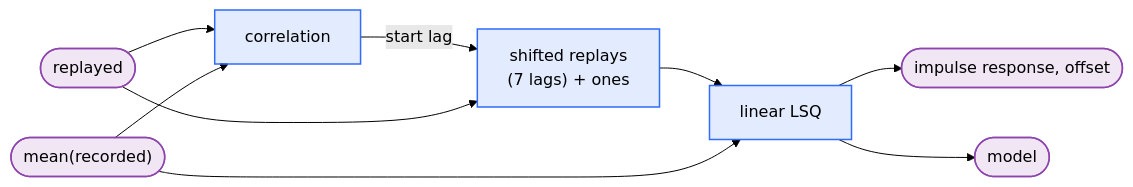
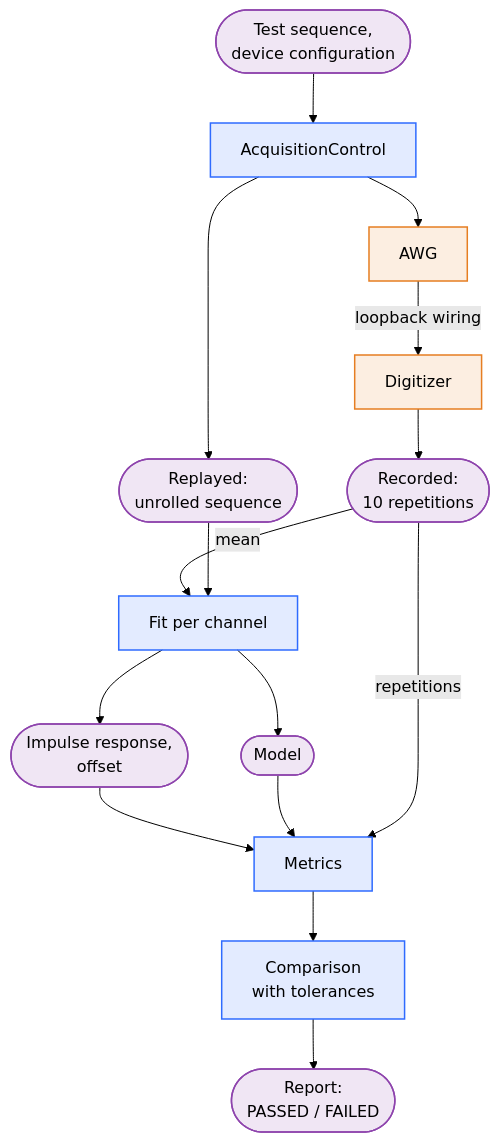
One commit to schote/nexus-console changed the diagram in docs/system/loopback-test.md. Above: the diagram before and after it, drawn with Mermaid (forest theme). The commit also changed other lines of this file, not shown here.

Commit message:
Added loopback test documentation

````diff
--- a/docs/system/loopback-test.md
+++ b/docs/system/loopback-test.md
@@ -278,17 +77,25 @@
 ```mermaid
 %%{init: {"fontFamily": "Inter, sans-serif"}}%%
-flowchart LR
-    R(["replayed"]) --> C["correlation"]
-    M(["mean(recorded)"]) --> C
-    C -->|"start lag"| S["shifted replays<br/>(7 lags) + ones"]
-    R --> S
-    S --> L["linear LSQ"]
-    M --> L
-    L --> T(["impulse response, offset"])
-    L --> F(["model"])
+flowchart TB
+    SEQ(["Test sequence,<br/>device configuration"]) --> AC["AcquisitionControl"]
+    AC --> AWG["AWG"]
+    AWG -->|"loopback wiring"| DIG["Digitizer"]
+    AC --> X(["Replayed:<br/>unrolled sequence"])
+    DIG --> Y(["Recorded:<br/>10 repetitions"])
+    Y -->|"mean"| FIT["Fit per channel"]
+    X --> FIT
+    FIT --> P(["Impulse response,<br/>offset"])
+    FIT --> M(["Model"])
+    P --> MET["Metrics"]
+    M --> MET
+    Y -->|"repetitions"| MET
+    MET --> TOL["Comparison<br/>with tolerances"]
+    TOL --> R(["Report:<br/>PASSED / FAILED"])
 
     classDef sw fill:#2f6bff22,stroke:#2f6bff,stroke-width:1.5px
+    classDef hw fill:#e67e2222,stroke:#e67e22,stroke-width:1.5px
     classDef iface fill:#8e44ad22,stroke:#8e44ad,stroke-width:1.5px
-    class C,S,L sw
-    class R,M,T,F iface
+    class AC,FIT,MET,TOL sw
+    class AWG,DIG hw
+    class SEQ,X,Y,P,M,R iface
 ```
````
